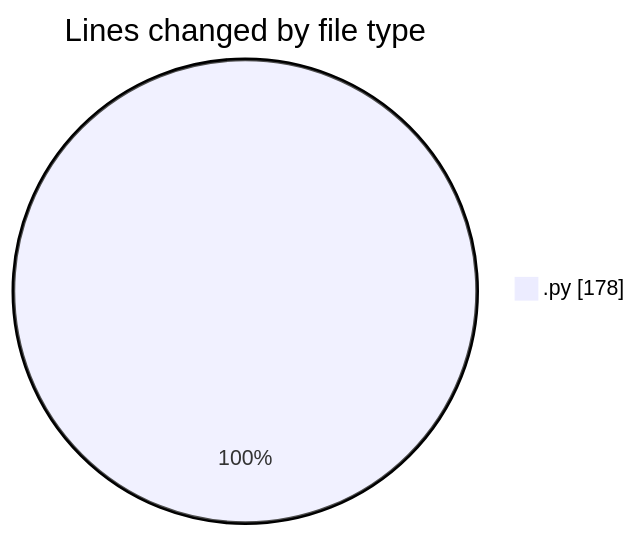
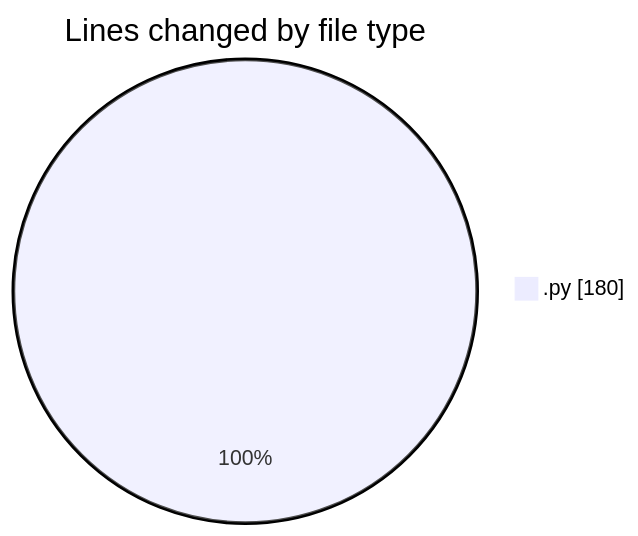
Before and after one commit to MatusMokan/code-tracking: the first of 2 diagrams in 2025-03-21/myws__workspace_/README.md, drawn with Mermaid. The commit also changed other lines of this file and 1 other file, not shown here.

````diff
--- a/2025-03-21/myws__workspace_/README.md
+++ b/2025-03-21/myws__workspace_/README.md
@@ -20,5 +20,5 @@
 ```mermaid
 pie showData
 title Lines changed by file type
-".py" : 178
+".py" : 180
 ```
````
